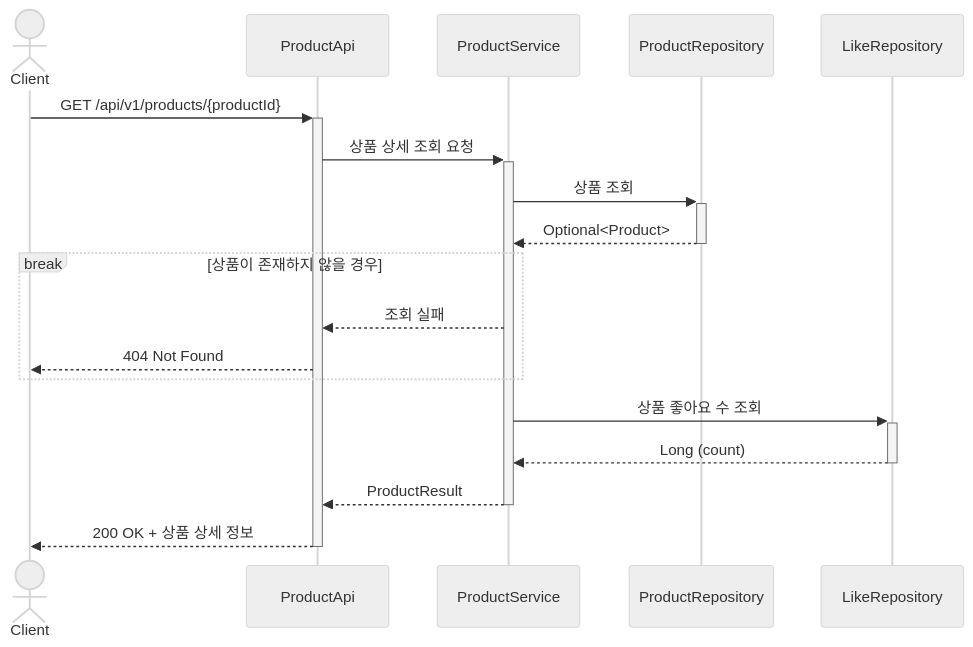
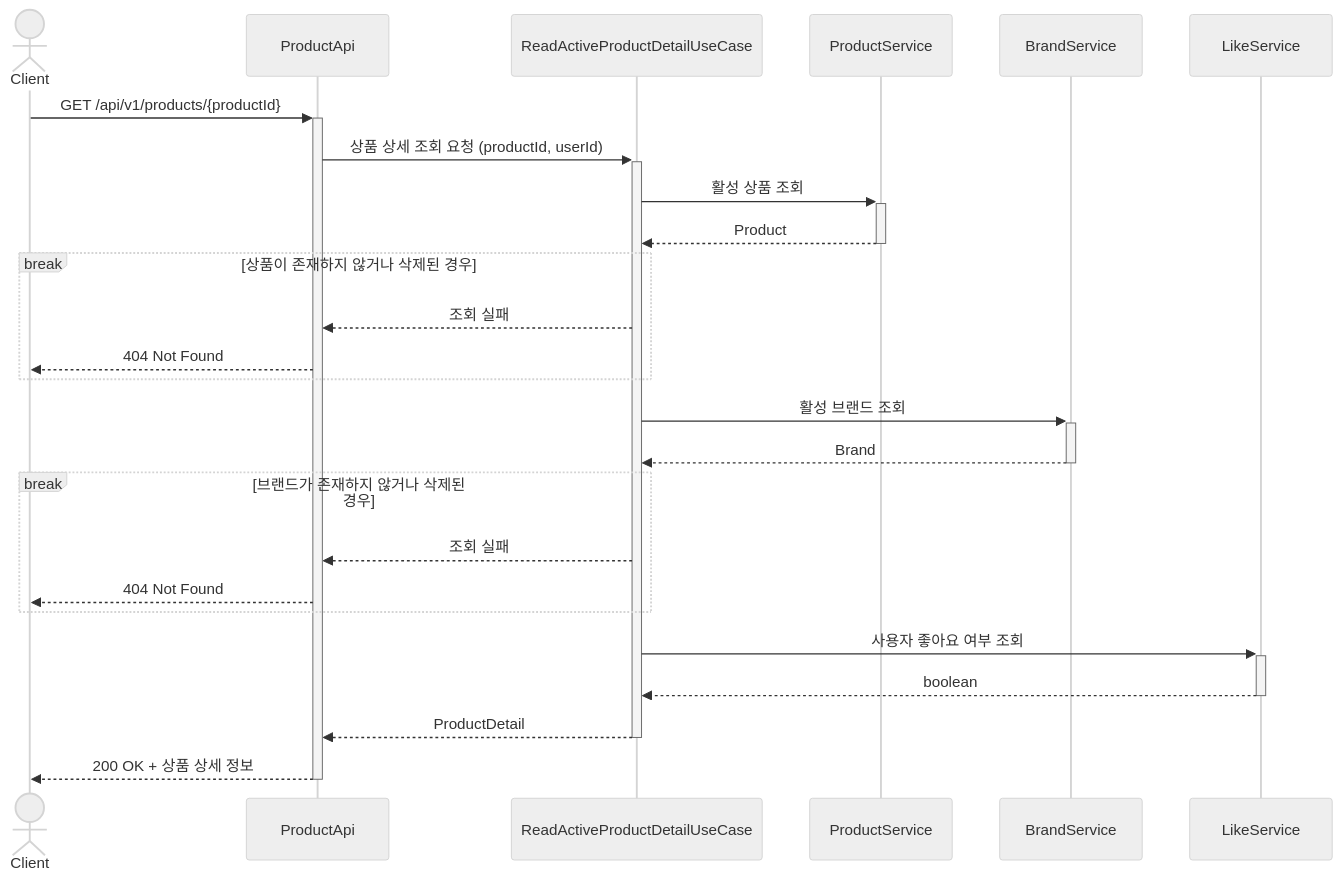
One commit to Loopers-dev-lab/loop-pack-be-l2-vol3-java changed diagram 15 of 23 in .docs/design/02-sequence-diagrams.md. Above: the diagram before and after it, drawn with Mermaid (neutral theme). The commit also changed other lines of this file and 143 other files, not shown here.

````diff
--- a/.docs/design/02-sequence-diagrams.md
+++ b/.docs/design/02-sequence-diagrams.md
@@ -500,25 +536,34 @@
 ```mermaid
 sequenceDiagram
     actor Client
     participant ProductApi
+    participant ReadActiveProductDetailUseCase
     participant ProductService
-    participant ProductRepository
-    participant LikeRepository
+    participant BrandService
+    participant LikeService
 
     Client ->>+ ProductApi: GET /api/v1/products/{productId}
-    ProductApi ->>+ ProductService: 상품 상세 조회 요청
+    ProductApi ->>+ ReadActiveProductDetailUseCase: 상품 상세 조회 요청 (productId, userId)
 
-    ProductService ->>+ ProductRepository: 상품 조회
-    ProductRepository -->>- ProductService: Optional<Product>
+    ReadActiveProductDetailUseCase ->>+ ProductService: 활성 상품 조회
+    ProductService -->>- ReadActiveProductDetailUseCase: Product
 
-    break 상품이 존재하지 않을 경우
-        ProductService -->> ProductApi: 조회 실패
+    break 상품이 존재하지 않거나 삭제된 경우
+        ReadActiveProductDetailUseCase -->> ProductApi: 조회 실패
         ProductApi -->> Client: 404 Not Found
     end
 
-    ProductService ->>+ LikeRepository: 상품 좋아요 수 조회
-    LikeRepository -->>- ProductService: Long (count)
+    ReadActiveProductDetailUseCase ->>+ BrandService: 활성 브랜드 조회
+    BrandService -->>- ReadActiveProductDetailUseCase: Brand
 
-    ProductService -->>- ProductApi: ProductResult
+    break 브랜드가 존재하지 않거나 삭제된 경우
+        ReadActiveProductDetailUseCase -->> ProductApi: 조회 실패
+        ProductApi -->> Client: 404 Not Found
+    end
+
+    ReadActiveProductDetailUseCase ->>+ LikeService: 사용자 좋아요 여부 조회
+    LikeService -->>- ReadActiveProductDetailUseCase: boolean
+
+    ReadActiveProductDetailUseCase -->>- ProductApi: ProductDetail
     ProductApi -->>- Client: 200 OK + 상품 상세 정보
 ```
````
